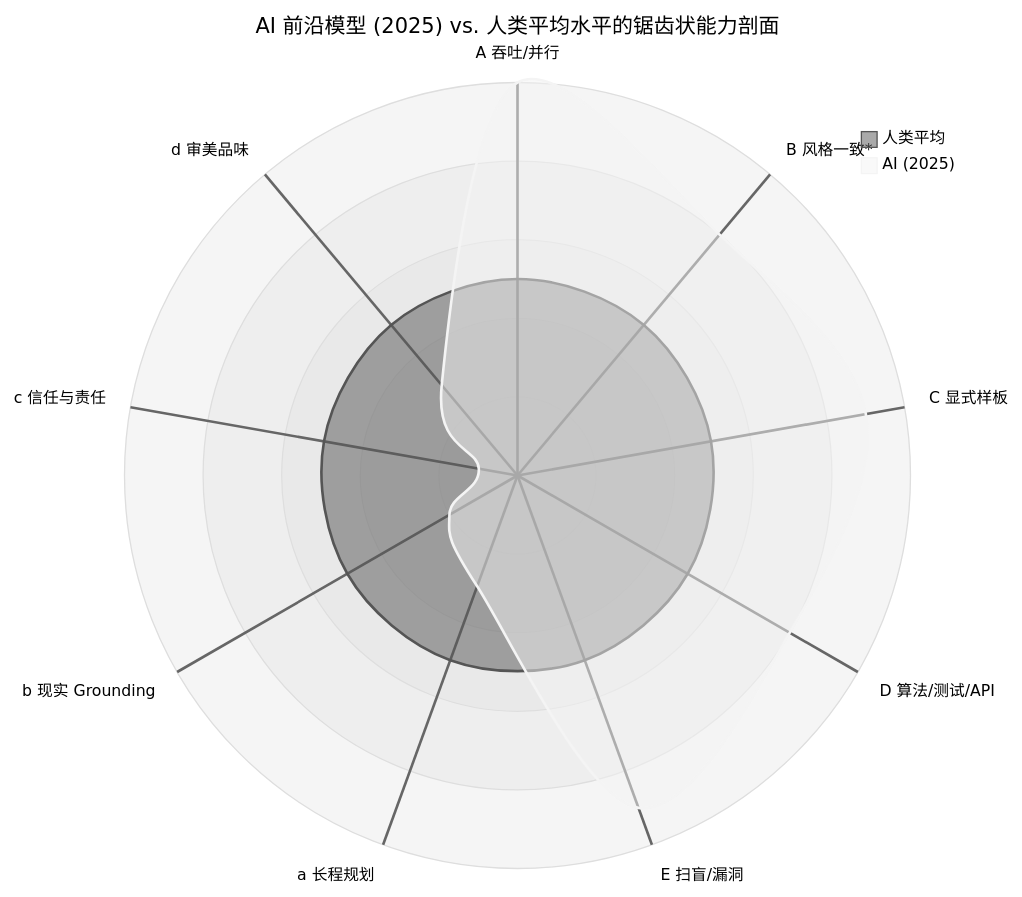
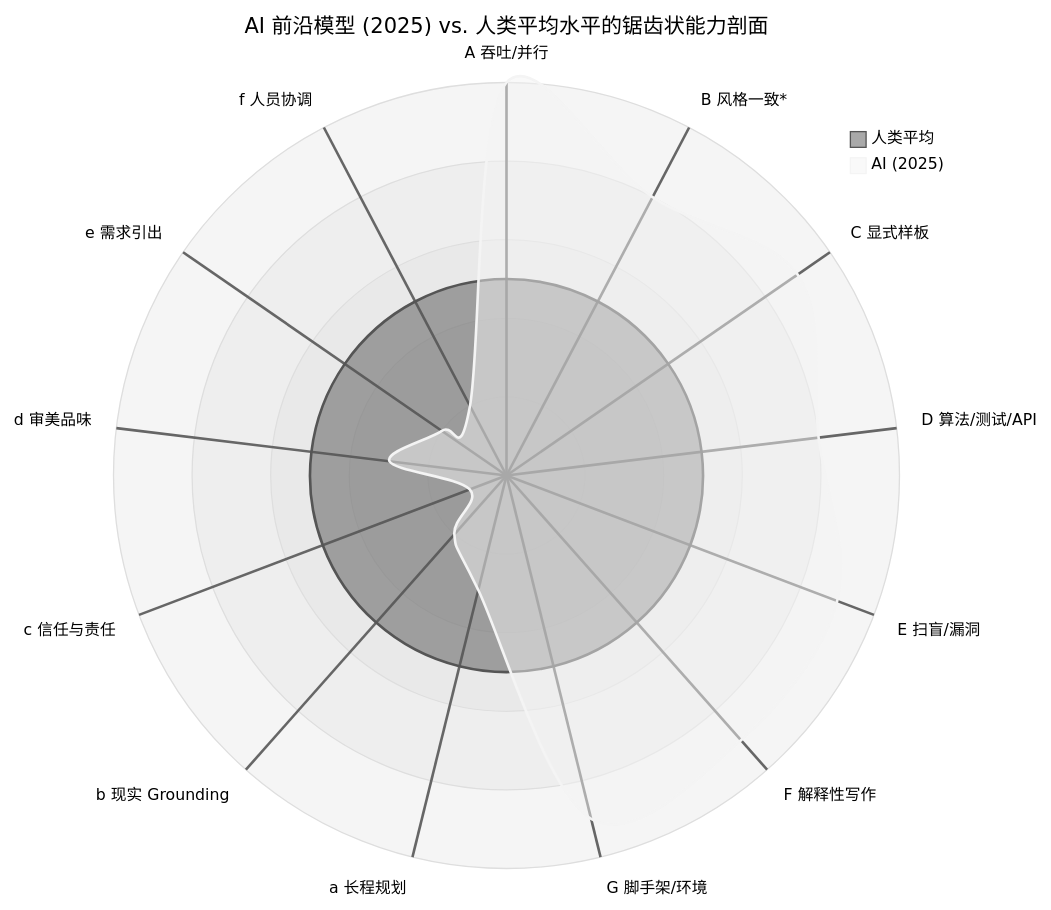
The second of 2 diagrams in chapter-01-introduction.md (AI-LLM/AIM4SD), drawn with Mermaid (neutral theme) before and after one commit. The commit also changed other lines of this file, not shown here.

````diff
--- a/chapter-01-introduction.md
+++ b/chapter-01-introduction.md
@@ -218,17 +218,17 @@
 ```mermaid
 ---
 title: "AI 前沿模型 (2025) vs. 人类平均水平的锯齿状能力剖面"
 config:
   radar:
     showValues: false
 ---
 radar-beta
-  axis t["A 吞吐/并行"], s["B 风格一致*"], b["C 显式样板"], r["D 算法/测试/API"], v["E 扫盲/漏洞"]
-  axis p["a 长程规划"], g["b 现实 Grounding"], c["c 信任与责任"], q["d 审美品味"]
+  axis t["A 吞吐/并行"], s["B 风格一致*"], b["C 显式样板"], r["D 算法/测试/API"], v["E 扫盲/漏洞"], w["F 解释性写作"], k["G 脚手架/环境"]
+  axis p["a 长程规划"], g["b 现实 Grounding"], c["c 信任与责任"], q["d 审美品味"], n["e 需求引出"], m["f 人员协调"]
 
-  curve h["人类平均"]{5, 5, 5, 5, 5, 5, 5, 5, 5}
-  curve x["AI (2025)"]{10, 8, 9, 8, 9, 3, 2, 1, 3}
+  curve h["人类平均"]{5, 5, 5, 5, 5, 5, 5, 5, 5, 5, 5, 5, 5}
+  curve x["AI (2025)"]{10, 8, 9, 8, 9, 9, 9, 3, 2, 1, 3, 2, 2}
 
   max 10
   min 0
 ```
````
